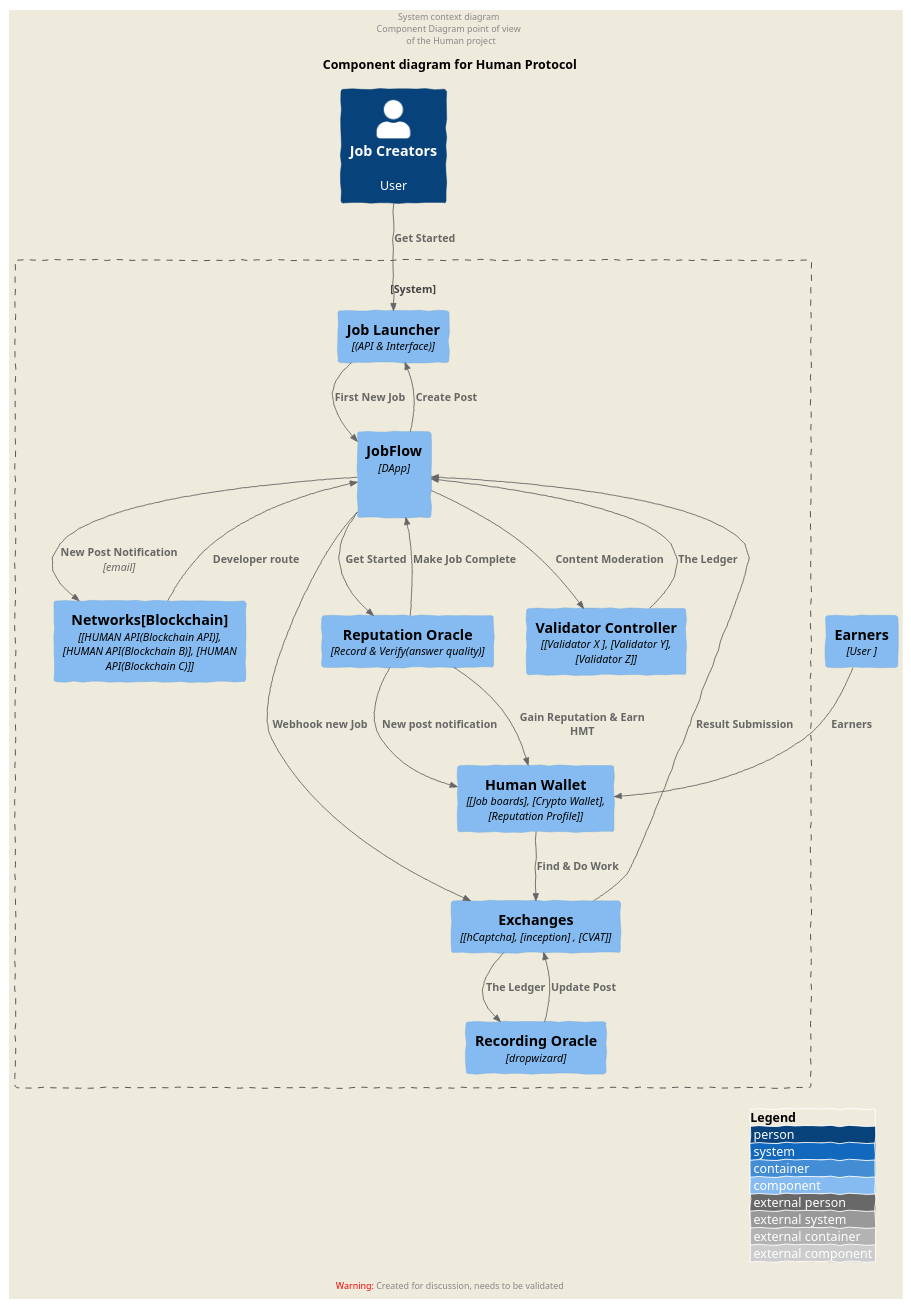
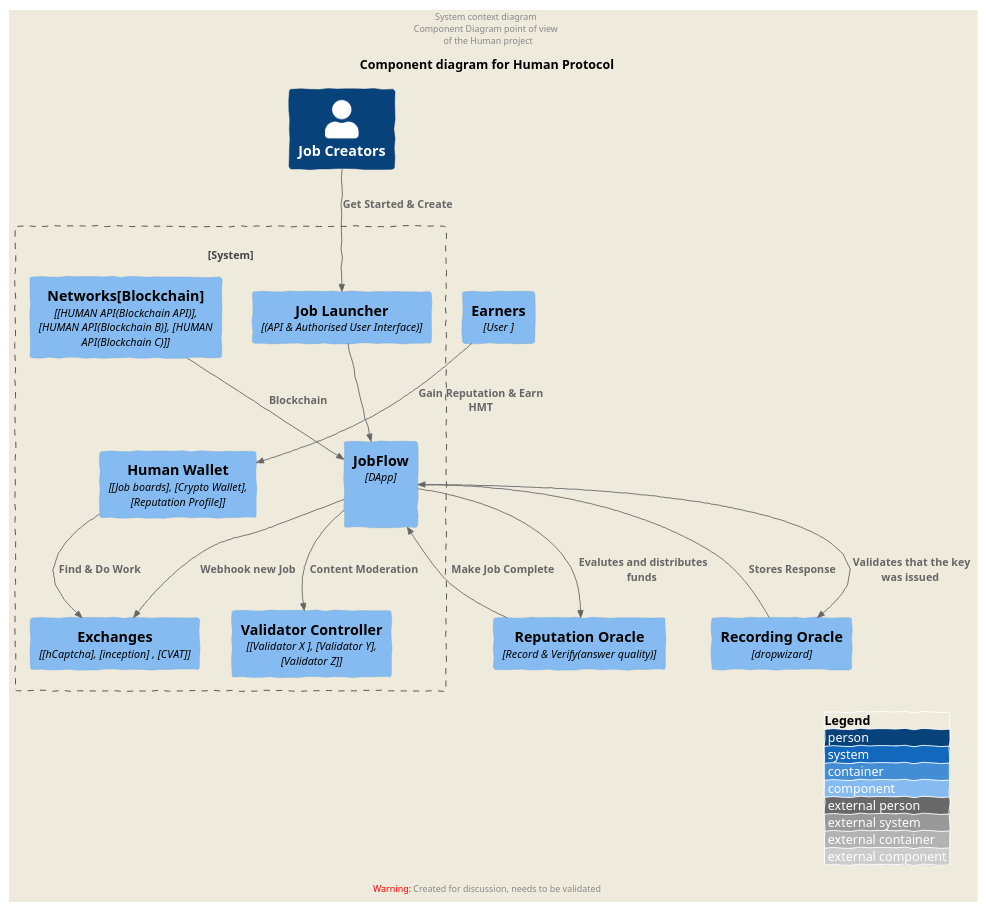
One commit to ckanyemba/Architecture-Document changed the diagram in Diagrams/C4_Component.puml. Above: the diagram before and after it, drawn with PlantUML.

```diff
--- a/Diagrams/C4_Component.puml
+++ b/Diagrams/C4_Component.puml
@@ -1,45 +1,39 @@
 @startuml
 
 '!includeurl https://raw.githubusercontent.com/RicardoNiepel/C4-PlantUML/master/C4_Component.puml
 !include <c4/C4_Component.puml> 
 
 LAYOUT_AS_SKETCH()
 LAYOUT_TOP_DOWN()
 
 title Component diagram for Human Protocol
 
 header System context diagram \nComponent Diagram point of view \n of the Human project
 LAYOUT_WITH_LEGEND()
 
-Person(creators, "Job Creators", "User")
+Person(creators, "Job Creators", "")
 System_Boundary(system, " "){
-    Component(interface, "Job Launcher", "(API & Interface)")
+    Component(interface, "Job Launcher", "(API & Authorised User Interface)")
     Component(human, "JobFlow", "DApp", " ")
     Component(humanapi, "Networks[Blockchain]", "[HUMAN API(Blockchain API)], [HUMAN API(Blockchain B)], [HUMAN API(Blockchain C)]")
-    Component(reporacle, "Reputation Oracle", "Record & Verify(answer quality)")
-    Component(recoracle, "Recording Oracle", "dropwizard")
     Component(exchanges, "Exchanges", "[hCaptcha], [inception] , [CVAT]")
     Component(humanService, "Human Wallet", "[Job boards], [Crypto Wallet], [Reputation Profile]")
     Component(validator, "Validator Controller", "[Validator X ], [Validator Y], [Validator Z]")
 }
+  Component(reporacle, "Reputation Oracle", "Record & Verify(answer quality)")
+  Component(recoracle, "Recording Oracle", "dropwizard")
   Component(earners, "Earners", "User ")
 
-Rel(humanapi, human, "Developer route")
+Rel(humanapi, human, "Blockchain")
+Rel(interface, human, " ")
+Rel(recoracle, human, " Stores Response")
+Rel(human, recoracle, " Validates that the key was issued")
 Rel(human, validator, "Content Moderation")
-Rel(validator, human, "The Ledger")
-Rel(exchanges, recoracle, "The Ledger")
-Rel(recoracle, exchanges, "Update Post")
-Rel(creators, interface, "Get Started")
-Rel(human, humanapi, "New Post Notification", "email")
-Rel(human, interface, "Create Post")
-Rel(interface, human, "First New Job ")
-Rel(human, reporacle, " Get Started")
-Rel(reporacle, humanService, "New post notification")
+Rel(creators, interface, "Get Started & Create ")
+Rel(human, reporacle, " Evalutes and distributes funds")
 Rel(humanService, exchanges, "Find & Do Work")
-Rel(exchanges, human, "Result Submission")
 Rel(human, exchanges, "Webhook new Job")
-Rel(earners, humanService, "Earners")
-Rel(reporacle, humanService, "Gain Reputation & Earn HMT")
+Rel(earners, humanService, "Gain Reputation & Earn HMT")
 Rel(reporacle, human, "Make Job Complete")
 
 @enduml 
```
